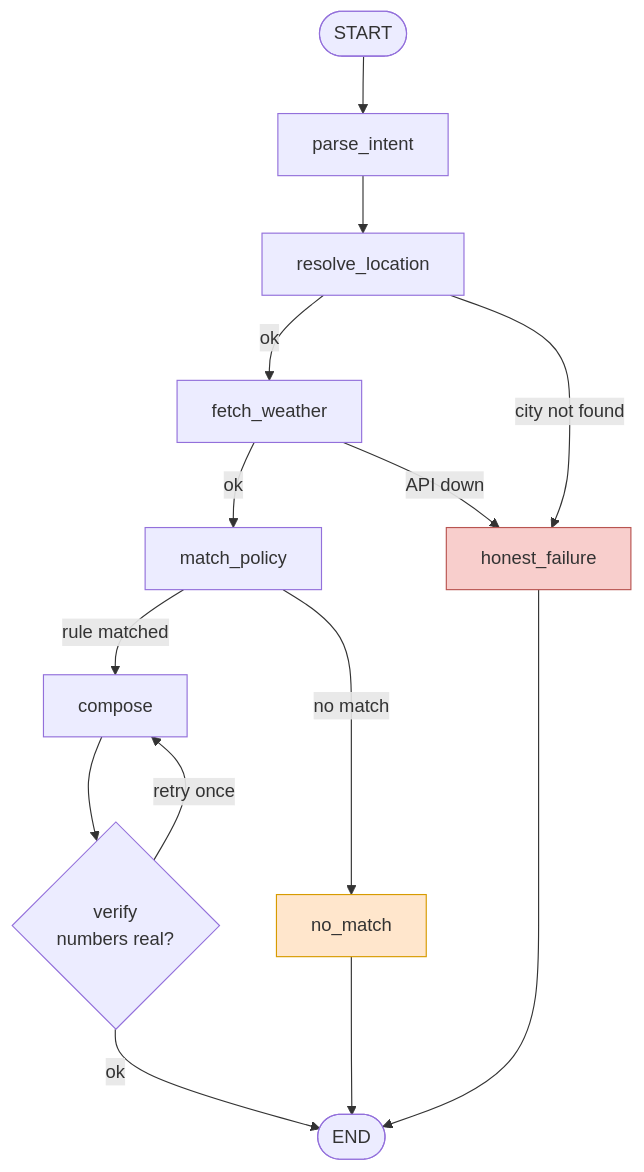
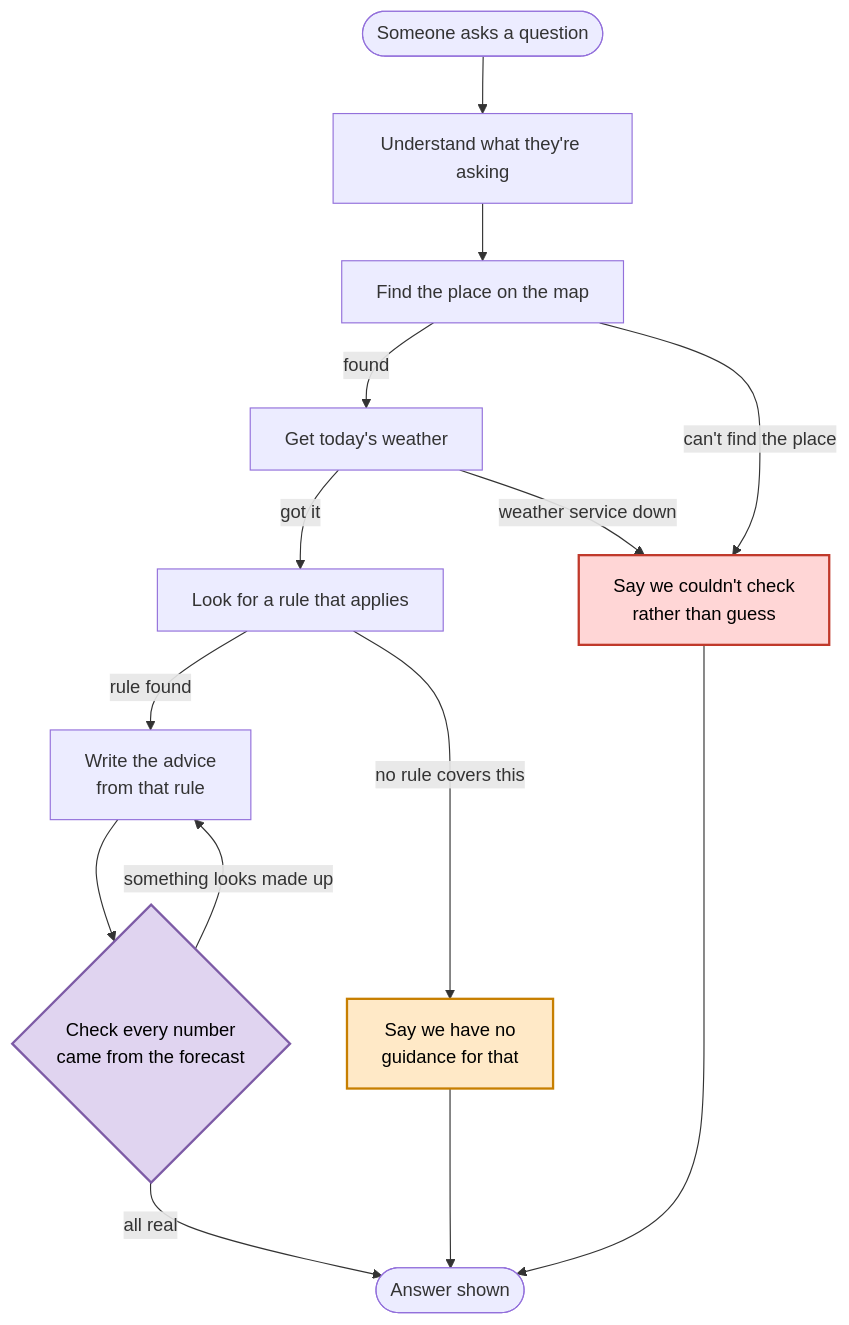
One commit to Santhosh121805/Weathersafe-medibuddyassignment changed the diagram in README.md. Above: the diagram before and after it, drawn with Mermaid. The commit also changed other lines of this file, not shown here.

Commit message:
Update flowchart in README with new process steps

````diff
--- a/README.md
+++ b/README.md
@@ -113,21 +113,23 @@
 ```mermaid
 flowchart TD
-    A([START]) --> B[parse_intent]
-    B --> C[resolve_location]
-    C -->|ok| D[fetch_weather]
-    C -->|city not found| H[honest_failure]
-    D -->|ok| E[match_policy]
-    D -->|API down| H
-    E -->|rule matched| F[compose]
-    E -->|no match| N[no_match]
-    F --> G{verify<br/>numbers real?}
-    G -->|retry once| F
-    G -->|ok| Z([END])
+    A([Someone asks a question]) --> B[Understand what they're asking]
+    B --> C[Find the place on the map]
+    C -->|found| D[Get today's weather]
+    C -->|can't find the place| H[Say we couldn't check<br/>rather than guess]
+    D -->|got it| E[Look for a rule that applies]
+    D -->|weather service down| H
+    E -->|rule found| F[Write the advice<br/>from that rule]
+    E -->|no rule covers this| N[Say we have no<br/>guidance for that]
+    F --> G{Check every number<br/>came from the forecast}
+    G -->|something looks made up| F
+    G -->|all real| Z([Answer shown])
     H --> Z
     N --> Z
 
-    classDef fail fill:#f8cecc,stroke:#b85450
-    classDef none fill:#ffe6cc,stroke:#d79b00
+    classDef fail fill:#ffd6d6,stroke:#c0392b,stroke-width:2px,color:#000
+    classDef none fill:#ffe9c7,stroke:#c77f00,stroke-width:2px,color:#000
+    classDef check fill:#e0d4f0,stroke:#7d5ba6,stroke-width:2px,color:#000
     class H fail
     class N none
+    class G check
 ```
````
